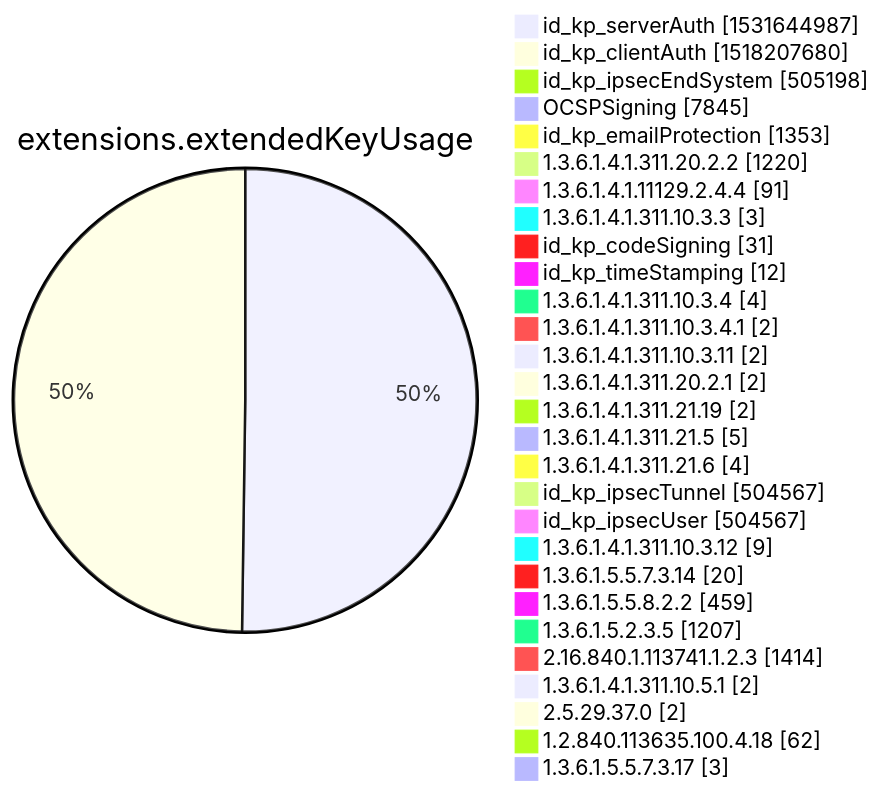
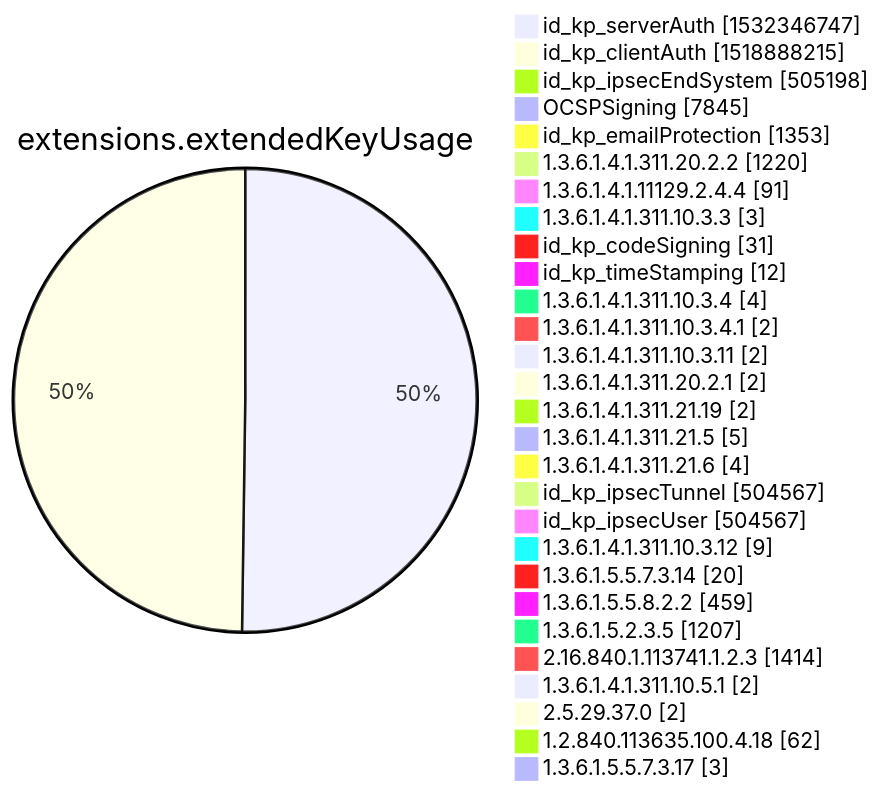
Before and after one commit to christiankrug/ctmonitor_visualization: diagram 12 of 15 in xenon2022/README.md, drawn with Mermaid. The commit also changed other lines of this file, not shown here.

````diff
--- a/xenon2022/README.md
+++ b/xenon2022/README.md
@@ -3880,32 +3880,32 @@
 ```mermaid
 pie showData
 title extensions.extendedKeyUsage
-"id_kp_serverAuth" :1531644987
-"id_kp_clientAuth" :1518207680
+"id_kp_serverAuth" :1532346747
+"id_kp_clientAuth" :1518888215
 "id_kp_ipsecEndSystem" :505198
 "OCSPSigning" :7845
 "id_kp_emailProtection" :1353
 "1.3.6.1.4.1.311.20.2.2" :1220
 "1.3.6.1.4.1.11129.2.4.4" :91
 "1.3.6.1.4.1.311.10.3.3" :3
 "id_kp_codeSigning" :31
 "id_kp_timeStamping" :12
 "1.3.6.1.4.1.311.10.3.4" :4
 "1.3.6.1.4.1.311.10.3.4.1" :2
 "1.3.6.1.4.1.311.10.3.11" :2
 "1.3.6.1.4.1.311.20.2.1" :2
 "1.3.6.1.4.1.311.21.19" :2
 "1.3.6.1.4.1.311.21.5" :5
 "1.3.6.1.4.1.311.21.6" :4
 "id_kp_ipsecTunnel" :504567
 "id_kp_ipsecUser" :504567
 "1.3.6.1.4.1.311.10.3.12" :9
 "1.3.6.1.5.5.7.3.14" :20
 "1.3.6.1.5.5.8.2.2" :459
 "1.3.6.1.5.2.3.5" :1207
 "2.16.840.1.113741.1.2.3" :1414
 "1.3.6.1.4.1.311.10.5.1" :2
 "2.5.29.37.0" :2
 "1.2.840.113635.100.4.18" :62
 "1.3.6.1.5.5.7.3.17" :3
 ```
````
